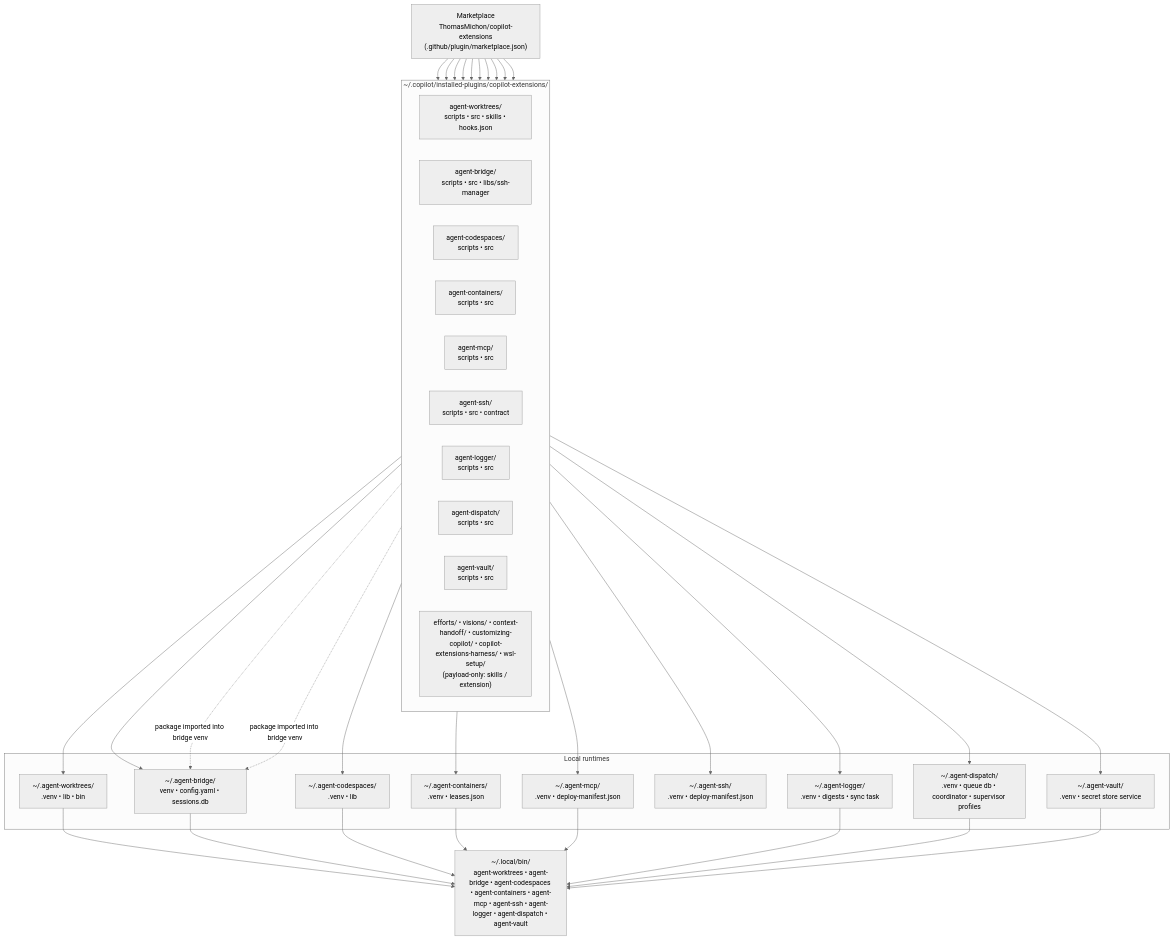
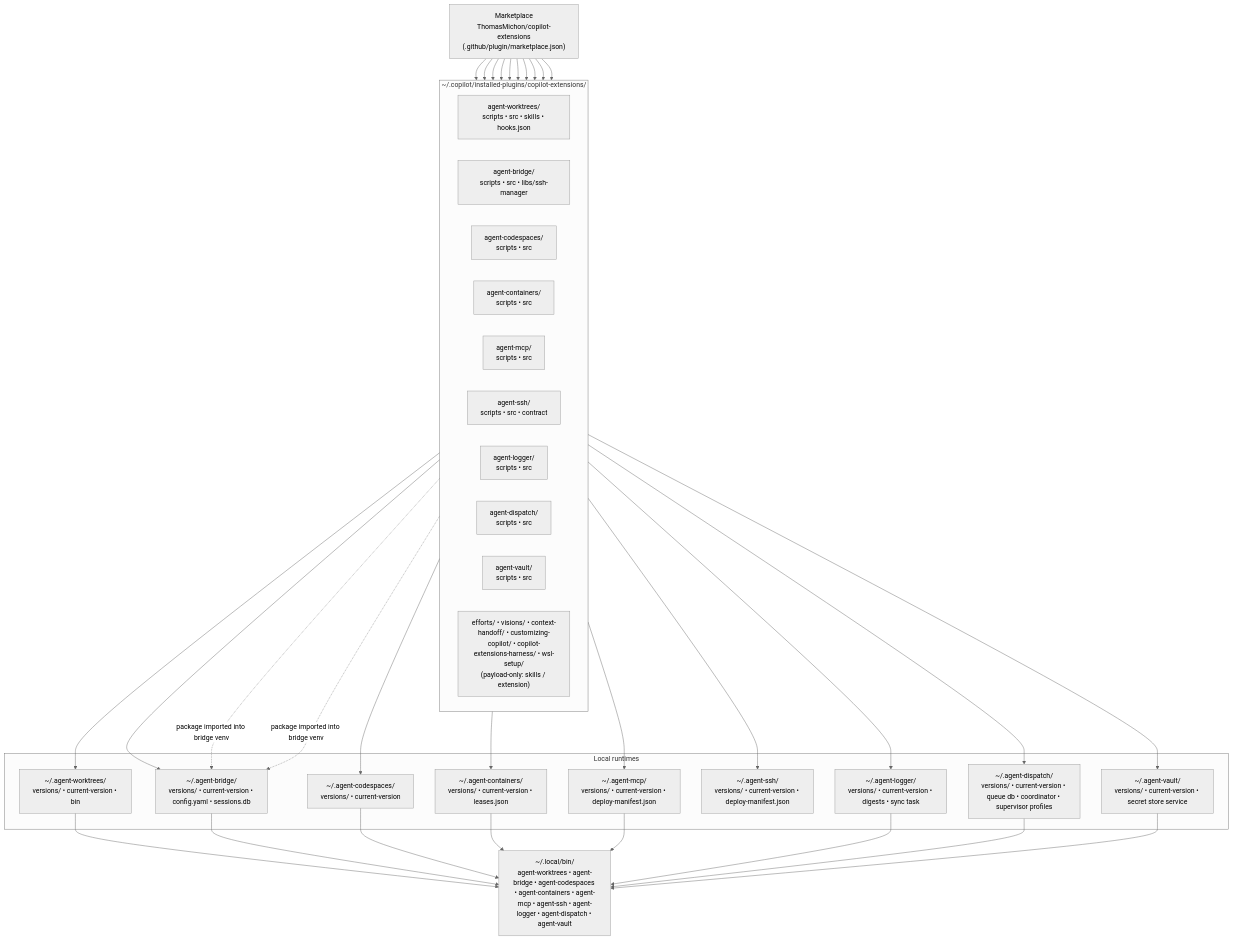
One commit to ThomasMichon/copilot-extensions changed the first of 4 diagrams in docs/architecture.md. Above: the diagram before and after it, drawn with Mermaid (neutral theme). The commit also changed 26 other files, not shown here.

First line of the commit message:
docs: correct the versioned-runtime model (junction-free current-version marker) across install/architecture docs (#405)

````diff
--- a/docs/architecture.md
+++ b/docs/architecture.md
@@ -58,49 +58,49 @@
 ```mermaid
 flowchart TB
     MP["Marketplace<br/>ThomasMichon/copilot-extensions<br/>(.github/plugin/marketplace.json)"]
     subgraph IP["~/.copilot/installed-plugins/copilot-extensions/"]
       direction LR
       AW["agent-worktrees/<br/>scripts • src • skills • hooks.json"]
       AB["agent-bridge/<br/>scripts • src • libs/ssh-manager"]
       AC["agent-codespaces/<br/>scripts • src"]
       AN["agent-containers/<br/>scripts • src"]
       AM["agent-mcp/<br/>scripts • src"]
       AS["agent-ssh/<br/>scripts • src • contract"]
       AL["agent-logger/<br/>scripts • src"]
       AD["agent-dispatch/<br/>scripts • src"]
       AV["agent-vault/<br/>scripts • src"]
       PO["efforts/ • visions/ • context-handoff/ • customizing-copilot/ • copilot-extensions-harness/ • wsl-setup/<br/>(payload-only: skills / extension)"]
     end
     subgraph RT["Local runtimes"]
-      RW["~/.agent-worktrees/<br/>.venv • lib • bin"]
-      RB["~/.agent-bridge/<br/>venv • config.yaml • sessions.db"]
-      RC["~/.agent-codespaces/<br/>.venv • lib"]
-      RN["~/.agent-containers/<br/>.venv • leases.json"]
-      RM["~/.agent-mcp/<br/>.venv • deploy-manifest.json"]
-      RS["~/.agent-ssh/<br/>.venv • deploy-manifest.json"]
-      RL["~/.agent-logger/<br/>.venv • digests • sync task"]
-      RD["~/.agent-dispatch/<br/>.venv • queue db • coordinator • supervisor profiles"]
-      RV["~/.agent-vault/<br/>.venv • secret store service"]
+      RW["~/.agent-worktrees/<br/>versions/ • current-version • bin"]
+      RB["~/.agent-bridge/<br/>versions/ • current-version • config.yaml • sessions.db"]
+      RC["~/.agent-codespaces/<br/>versions/ • current-version"]
+      RN["~/.agent-containers/<br/>versions/ • current-version • leases.json"]
+      RM["~/.agent-mcp/<br/>versions/ • current-version • deploy-manifest.json"]
+      RS["~/.agent-ssh/<br/>versions/ • current-version • deploy-manifest.json"]
+      RL["~/.agent-logger/<br/>versions/ • current-version • digests • sync task"]
+      RD["~/.agent-dispatch/<br/>versions/ • current-version • queue db • coordinator • supervisor profiles"]
+      RV["~/.agent-vault/<br/>versions/ • current-version • secret store service"]
     end
     BIN["~/.local/bin/<br/>agent-worktrees • agent-bridge • agent-codespaces • agent-containers • agent-mcp • agent-ssh • agent-logger • agent-dispatch • agent-vault"]
     MP --> AW --> RW
     MP --> AB --> RB
     MP --> AC --> RC
     MP --> AN --> RN
     MP --> AM --> RM
     MP --> AS --> RS
     MP --> AL --> RL
     MP --> AD --> RD
     MP --> AV --> RV
     MP --> PO
     RW --> BIN
     RB --> BIN
     RC --> BIN
     RN --> BIN
     RM --> BIN
     RL --> BIN
     RD --> BIN
     RV --> BIN
     AC -.->|package imported into bridge venv| RB
     AN -.->|package imported into bridge venv| RB
 ```
````
